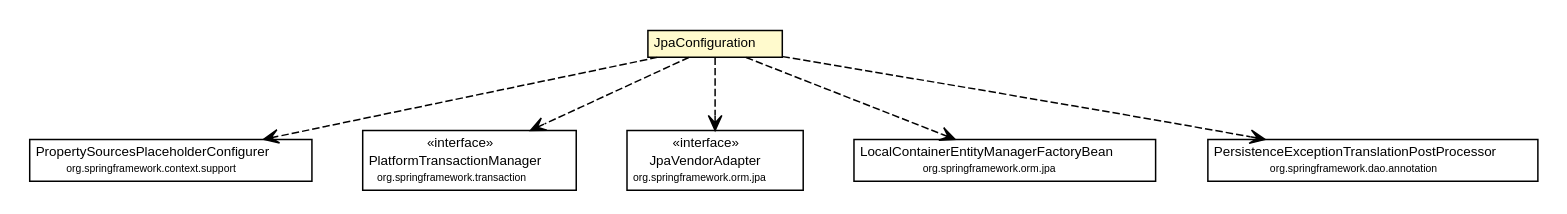
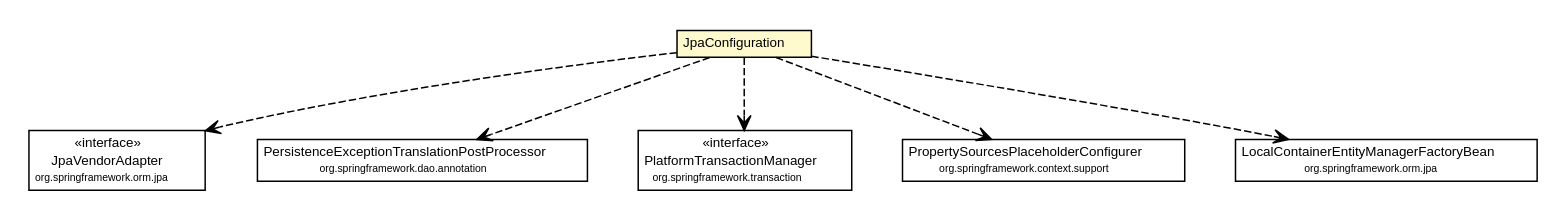
Before and after one commit to willmorejg/net.ljcomputing.status-reporter: the diagram in docs/javadoc/apidocs/net/ljcomputing/sr/config/JpaConfiguration.dot, drawn with Graphviz. The commit also changed 179 other files, not shown here.

```diff
--- a/docs/javadoc/apidocs/net/ljcomputing/sr/config/JpaConfiguration.dot
+++ b/docs/javadoc/apidocs/net/ljcomputing/sr/config/JpaConfiguration.dot
@@ -1,65 +1,65 @@
 #!/usr/local/bin/dot
 #
 # Class diagram 
 # Generated by UMLGraph version R5_6 (http://www.umlgraph.org/)
 #
 
 digraph G {
 	edge [fontname="Helvetica",fontsize=10,labelfontname="Helvetica",labelfontsize=10];
 	node [fontname="Helvetica",fontsize=10,shape=plaintext];
 	nodesep=0.25;
 	ranksep=0.5;
 	// net.ljcomputing.sr.config.JpaConfiguration
 	c1528 [label=<<table title="net.ljcomputing.sr.config.JpaConfiguration" border="0" cellborder="1" cellspacing="0" cellpadding="2" port="p" bgcolor="lemonChiffon" href="./JpaConfiguration.html">
 		<tr><td><table border="0" cellspacing="0" cellpadding="1">
 <tr><td align="center" balign="center"> JpaConfiguration </td></tr>
 		</table></td></tr>
 		</table>>, URL="./JpaConfiguration.html", fontname="Helvetica", fontcolor="black", fontsize=9.0];
+	// net.ljcomputing.sr.config.JpaConfiguration DEPEND org.springframework.orm.jpa.JpaVendorAdapter
+	c1528:p -> c1531:p [taillabel="", label="", headlabel="", fontname="Helvetica", fontcolor="black", fontsize=10.0, color="black", arrowhead=open, style=dashed];
+	// net.ljcomputing.sr.config.JpaConfiguration DEPEND org.springframework.dao.annotation.PersistenceExceptionTranslationPostProcessor
+	c1528:p -> c1535:p [taillabel="", label="", headlabel="", fontname="Helvetica", fontcolor="black", fontsize=10.0, color="black", arrowhead=open, style=dashed];
+	// net.ljcomputing.sr.config.JpaConfiguration DEPEND org.springframework.transaction.PlatformTransactionManager
+	c1528:p -> c1536:p [taillabel="", label="", headlabel="", fontname="Helvetica", fontcolor="black", fontsize=10.0, color="black", arrowhead=open, style=dashed];
 	// net.ljcomputing.sr.config.JpaConfiguration DEPEND org.springframework.context.support.PropertySourcesPlaceholderConfigurer
-	c1528:p -> c1537:p [taillabel="", label="", headlabel="", fontname="Helvetica", fontcolor="black", fontsize=10.0, color="black", arrowhead=open, style=dashed];
-	// net.ljcomputing.sr.config.JpaConfiguration DEPEND org.springframework.transaction.PlatformTransactionManager
-	c1528:p -> c1538:p [taillabel="", label="", headlabel="", fontname="Helvetica", fontcolor="black", fontsize=10.0, color="black", arrowhead=open, style=dashed];
-	// net.ljcomputing.sr.config.JpaConfiguration DEPEND org.springframework.orm.jpa.JpaVendorAdapter
-	c1528:p -> c1540:p [taillabel="", label="", headlabel="", fontname="Helvetica", fontcolor="black", fontsize=10.0, color="black", arrowhead=open, style=dashed];
+	c1528:p -> c1544:p [taillabel="", label="", headlabel="", fontname="Helvetica", fontcolor="black", fontsize=10.0, color="black", arrowhead=open, style=dashed];
 	// net.ljcomputing.sr.config.JpaConfiguration DEPEND org.springframework.orm.jpa.LocalContainerEntityManagerFactoryBean
-	c1528:p -> c1552:p [taillabel="", label="", headlabel="", fontname="Helvetica", fontcolor="black", fontsize=10.0, color="black", arrowhead=open, style=dashed];
-	// net.ljcomputing.sr.config.JpaConfiguration DEPEND org.springframework.dao.annotation.PersistenceExceptionTranslationPostProcessor
 	c1528:p -> c1556:p [taillabel="", label="", headlabel="", fontname="Helvetica", fontcolor="black", fontsize=10.0, color="black", arrowhead=open, style=dashed];
 	// org.springframework.dao.annotation.PersistenceExceptionTranslationPostProcessor
-	c1556 [label=<<table title="org.springframework.dao.annotation.PersistenceExceptionTranslationPostProcessor" border="0" cellborder="1" cellspacing="0" cellpadding="2" port="p">
+	c1535 [label=<<table title="org.springframework.dao.annotation.PersistenceExceptionTranslationPostProcessor" border="0" cellborder="1" cellspacing="0" cellpadding="2" port="p">
 		<tr><td><table border="0" cellspacing="0" cellpadding="1">
 <tr><td align="center" balign="center"> PersistenceExceptionTranslationPostProcessor </td></tr>
 <tr><td align="center" balign="center"><font point-size="7.0"> org.springframework.dao.annotation </font></td></tr>
 		</table></td></tr>
 		</table>>, URL="null", fontname="Helvetica", fontcolor="black", fontsize=9.0];
 	// org.springframework.context.support.PropertySourcesPlaceholderConfigurer
-	c1537 [label=<<table title="org.springframework.context.support.PropertySourcesPlaceholderConfigurer" border="0" cellborder="1" cellspacing="0" cellpadding="2" port="p">
+	c1544 [label=<<table title="org.springframework.context.support.PropertySourcesPlaceholderConfigurer" border="0" cellborder="1" cellspacing="0" cellpadding="2" port="p">
 		<tr><td><table border="0" cellspacing="0" cellpadding="1">
 <tr><td align="center" balign="center"> PropertySourcesPlaceholderConfigurer </td></tr>
 <tr><td align="center" balign="center"><font point-size="7.0"> org.springframework.context.support </font></td></tr>
 		</table></td></tr>
 		</table>>, URL="null", fontname="Helvetica", fontcolor="black", fontsize=9.0];
 	// org.springframework.orm.jpa.JpaVendorAdapter
-	c1540 [label=<<table title="org.springframework.orm.jpa.JpaVendorAdapter" border="0" cellborder="1" cellspacing="0" cellpadding="2" port="p">
+	c1531 [label=<<table title="org.springframework.orm.jpa.JpaVendorAdapter" border="0" cellborder="1" cellspacing="0" cellpadding="2" port="p">
 		<tr><td><table border="0" cellspacing="0" cellpadding="1">
 <tr><td align="center" balign="center"> &#171;interface&#187; </td></tr>
 <tr><td align="center" balign="center"> JpaVendorAdapter </td></tr>
 <tr><td align="center" balign="center"><font point-size="7.0"> org.springframework.orm.jpa </font></td></tr>
 		</table></td></tr>
 		</table>>, URL="null", fontname="Helvetica", fontcolor="black", fontsize=9.0];
 	// org.springframework.transaction.PlatformTransactionManager
-	c1538 [label=<<table title="org.springframework.transaction.PlatformTransactionManager" border="0" cellborder="1" cellspacing="0" cellpadding="2" port="p">
+	c1536 [label=<<table title="org.springframework.transaction.PlatformTransactionManager" border="0" cellborder="1" cellspacing="0" cellpadding="2" port="p">
 		<tr><td><table border="0" cellspacing="0" cellpadding="1">
 <tr><td align="center" balign="center"> &#171;interface&#187; </td></tr>
 <tr><td align="center" balign="center"> PlatformTransactionManager </td></tr>
 <tr><td align="center" balign="center"><font point-size="7.0"> org.springframework.transaction </font></td></tr>
 		</table></td></tr>
 		</table>>, URL="null", fontname="Helvetica", fontcolor="black", fontsize=9.0];
 	// org.springframework.orm.jpa.LocalContainerEntityManagerFactoryBean
-	c1552 [label=<<table title="org.springframework.orm.jpa.LocalContainerEntityManagerFactoryBean" border="0" cellborder="1" cellspacing="0" cellpadding="2" port="p">
+	c1556 [label=<<table title="org.springframework.orm.jpa.LocalContainerEntityManagerFactoryBean" border="0" cellborder="1" cellspacing="0" cellpadding="2" port="p">
 		<tr><td><table border="0" cellspacing="0" cellpadding="1">
 <tr><td align="center" balign="center"> LocalContainerEntityManagerFactoryBean </td></tr>
 <tr><td align="center" balign="center"><font point-size="7.0"> org.springframework.orm.jpa </font></td></tr>
 		</table></td></tr>
 		</table>>, URL="null", fontname="Helvetica", fontcolor="black", fontsize=9.0];
 }
```
